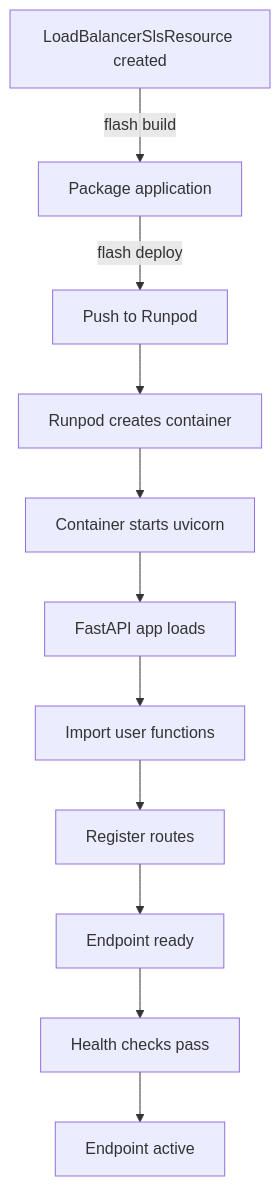
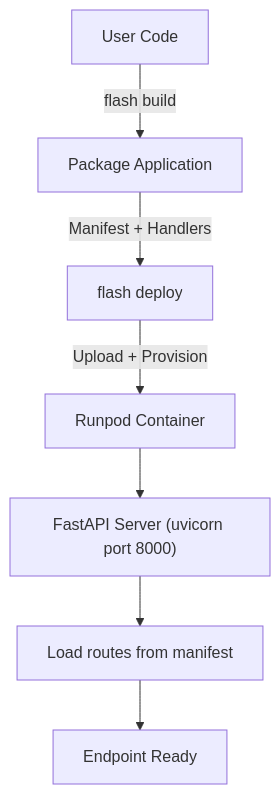
One commit to runpod/flash changed the first of 2 diagrams in docs/LoadBalancer_Runtime_Architecture.md. Above: the diagram before and after it, drawn with Mermaid. The commit also changed other lines of this file and 51 other files, not shown here.

First line of the commit message:
refactor: Endpoint class as a single entrypoint uniting `@remote` and ServerlessResource-based classes (#223)

````diff
--- a/docs/LoadBalancer_Runtime_Architecture.md
+++ b/docs/LoadBalancer_Runtime_Architecture.md
@@ -70,13 +13,9 @@
 ```mermaid
 graph TD
-    A["LoadBalancerSlsResource created"] -->|flash build| B["Package application"]
-    B -->|flash deploy| C["Push to Runpod"]
-    C --> D["Runpod creates container"]
-    D --> E["Container starts uvicorn"]
-    E --> F["FastAPI app loads"]
-    F --> G["Import user functions"]
-    G --> H["Register routes"]
-    H --> I["Endpoint ready"]
-    I --> J["Health checks pass"]
-    J --> K["Endpoint active"]
+    A["User Code"] -->|flash build| B["Package Application"]
+    B -->|Manifest + Handlers| C["flash deploy"]
+    C -->|Upload + Provision| D["Runpod Container"]
+    D --> E["FastAPI Server (uvicorn port 8000)"]
+    E --> F["Load routes from manifest"]
+    F --> G["Endpoint Ready"]
 ```
````
